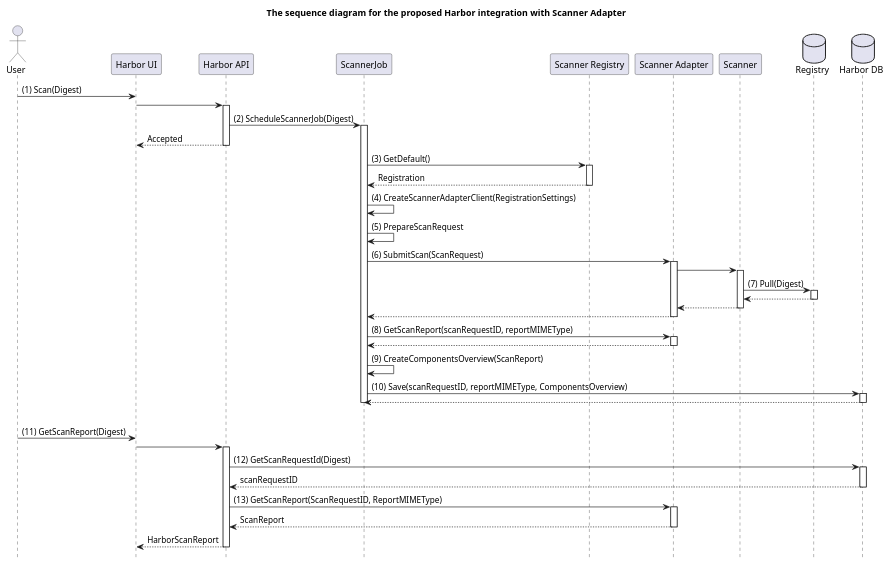
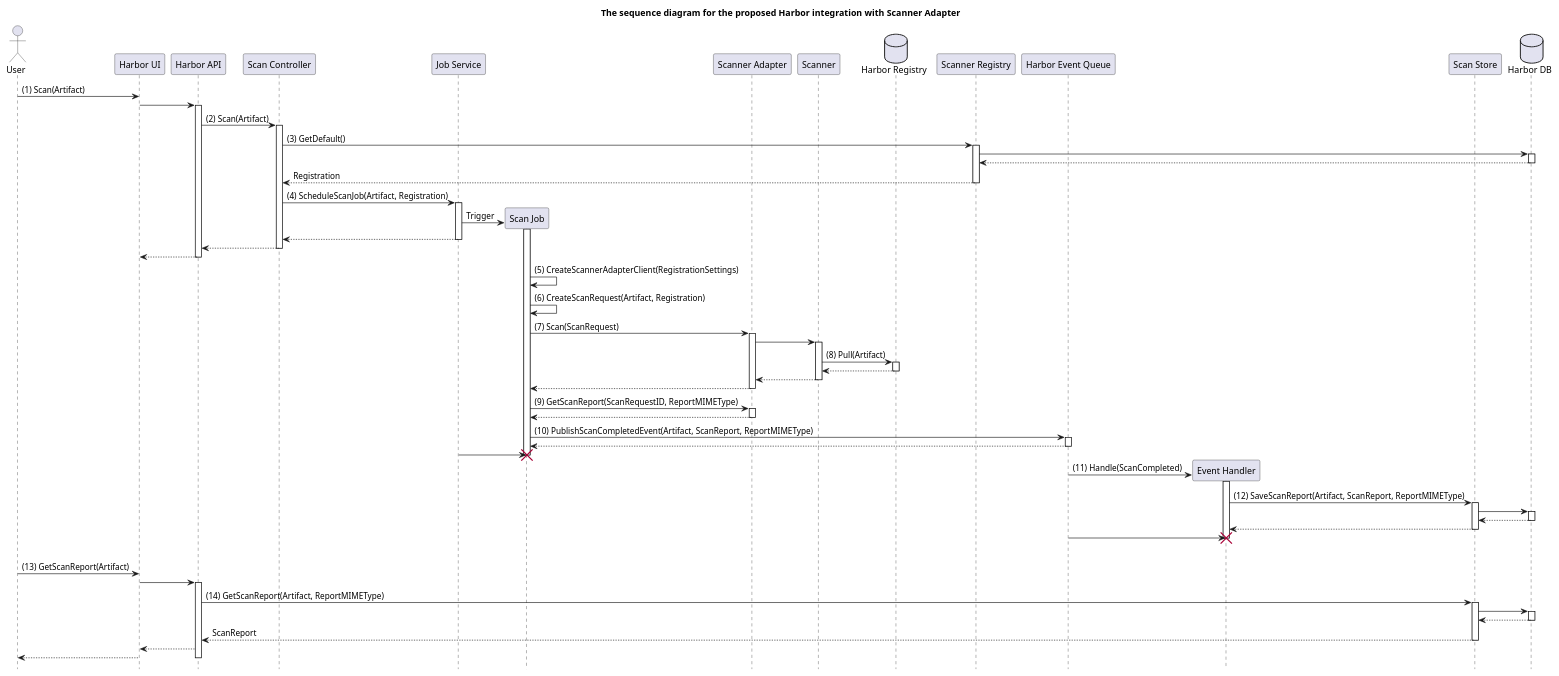
The diagram in proposals/assets/pluggable-image-vulnerability-scanning/diagrams/harbor-scanner-adapter-sequence.plantuml (goharbor/community), drawn with PlantUML before and after one commit. The commit also changed 4 other files, not shown here.

Commit message:
Proposal: Update deployment and sequence diagrams for the proposed adapters architecture

```diff
--- a/proposals/assets/pluggable-image-vulnerability-scanning/diagrams/harbor-scanner-adapter-sequence.plantuml
+++ b/proposals/assets/pluggable-image-vulnerability-scanning/diagrams/harbor-scanner-adapter-sequence.plantuml
@@ -1,75 +1,103 @@
 @startuml
 
 title The sequence diagram for the proposed Harbor integration with Scanner Adapter
 hide footbox
 skinparam handwritten false
 
 actor "User"
 participant "Harbor UI"
 participant "Harbor API"
-participant "ScannerJob"
-participant "Scanner Registry"
+participant "Scan Controller" as sc
+participant "Job Service" as js
+participant "Scan Job" as ScannerJob
 participant "Scanner Adapter"
 participant "Scanner"
 
-database "Registry"
+database "Harbor Registry" as Registry
+participant "Scanner Registry"
+participant "Harbor Event Queue" as HarborEventQueue
+participant "Event Handler" as EventHandler
+participant "Scan Store" as ScanStore
 database "Harbor DB"
 
-User -> "Harbor UI" : (1) Scan(Digest)
+User -> "Harbor UI" : (1) Scan(Artifact)
 "Harbor UI" -> "Harbor API"
 activate "Harbor API"
-"Harbor API" -> "ScannerJob" : (2) ScheduleScannerJob(Digest)
+"Harbor API" -> sc : (2) Scan(Artifact)
+activate sc
+sc -> "Scanner Registry" : (3) GetDefault()
+activate "Scanner Registry"
+"Scanner Registry" -> "Harbor DB"
+activate "Harbor DB"
+"Harbor DB" --> "Scanner Registry"
+deactivate "Harbor DB"
+"Scanner Registry" --> sc : Registration
+deactivate "Scanner Registry"
+sc -> js : (4) ScheduleScanJob(Artifact, Registration)
+activate js
+js -> "ScannerJob" ** : Trigger
 activate "ScannerJob"
-"Harbor API" --> "Harbor UI" : Accepted
+js --> sc
+deactivate js
+sc --> "Harbor API"
+deactivate sc
+"Harbor API" --> "Harbor UI"
 deactivate "Harbor API"
 
-"ScannerJob" -> "Scanner Registry" : (3) GetDefault()
-activate "Scanner Registry"
-"Scanner Registry" --> "ScannerJob" : Registration
-deactivate "Scanner Registry"
+"ScannerJob" -> "ScannerJob" : (5) CreateScannerAdapterClient(RegistrationSettings)
+"ScannerJob" -> "ScannerJob" : (6) CreateScanRequest(Artifact, Registration)
 
-"ScannerJob" -> "ScannerJob" : (4) CreateScannerAdapterClient(RegistrationSettings)
-"ScannerJob" -> "ScannerJob" : (5) PrepareScanRequest
-
-"ScannerJob" -> "Scanner Adapter" : (6) SubmitScan(ScanRequest)
+"ScannerJob" -> "Scanner Adapter" : (7) Scan(ScanRequest)
 activate "Scanner Adapter"
 
 "Scanner Adapter" -> "Scanner"
 activate "Scanner"
-"Scanner" -> "Registry" : (7) Pull(Digest)
+"Scanner" -> "Registry" : (8) Pull(Artifact)
 activate "Registry"
 "Registry" --> "Scanner"
 deactivate "Registry"
 "Scanner" --> "Scanner Adapter"
 deactivate "Scanner"
 "Scanner Adapter" --> "ScannerJob"
 deactivate "Scanner Adapter"
 
-"ScannerJob" -> "Scanner Adapter" : (8) GetScanReport(scanRequestID, reportMIMEType)
+"ScannerJob" -> "Scanner Adapter" : (9) GetScanReport(ScanRequestID, ReportMIMEType)
 activate "Scanner Adapter"
 "Scanner Adapter" --> "ScannerJob"
 deactivate "Scanner Adapter"
 
-"ScannerJob" -> "ScannerJob" : (9) CreateComponentsOverview(ScanReport)
-"ScannerJob" -> "Harbor DB" : (10) Save(scanRequestID, reportMIMEType, ComponentsOverview)
+"ScannerJob" -> HarborEventQueue : (10) PublishScanCompletedEvent(Artifact, ScanReport, ReportMIMEType)
+activate HarborEventQueue
+HarborEventQueue --> "ScannerJob"
+deactivate HarborEventQueue
+js -> "ScannerJob" !!
+
+HarborEventQueue -> EventHandler ** : (11) Handle(ScanCompleted)
+activate EventHandler
+EventHandler -> ScanStore : (12) SaveScanReport(Artifact, ScanReport, ReportMIMEType)
+activate ScanStore
+ScanStore -> "Harbor DB"
 activate "Harbor DB"
-"Harbor DB" --> "ScannerJob"
+"Harbor DB" --> ScanStore
 deactivate "Harbor DB"
-deactivate "ScannerJob"
+ScanStore --> EventHandler
+deactivate ScanStore
+HarborEventQueue -> EventHandler !!
 
 |||
 
-"User" -> "Harbor UI" : (11) GetScanReport(Digest)
+"User" -> "Harbor UI" : (13) GetScanReport(Artifact)
 "Harbor UI" -> "Harbor API"
 activate "Harbor API"
-"Harbor API" -> "Harbor DB" : (12) GetScanRequestId(Digest)
+"Harbor API" -> ScanStore : (14) GetScanReport(Artifact, ReportMIMEType)
+activate ScanStore
+ScanStore -> "Harbor DB"
 activate "Harbor DB"
-"Harbor DB" --> "Harbor API" : scanRequestID
+"Harbor DB" --> ScanStore
 deactivate "Harbor DB"
-"Harbor API" -> "Scanner Adapter" : (13) GetScanReport(ScanRequestID, ReportMIMEType)
-activate "Scanner Adapter"
-"Scanner Adapter" --> "Harbor API" : ScanReport
-deactivate "Scanner Adapter"
-"Harbor API" --> "Harbor UI" : HarborScanReport
+ScanStore --> "Harbor API" : ScanReport
+deactivate ScanStore
+"Harbor API" --> "Harbor UI"
+"Harbor UI" --> User
 deactivate "Harbor API"
 @enduml
```
